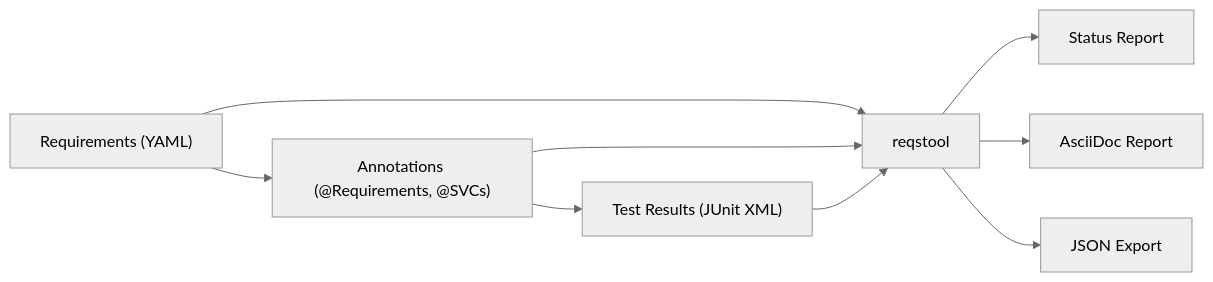
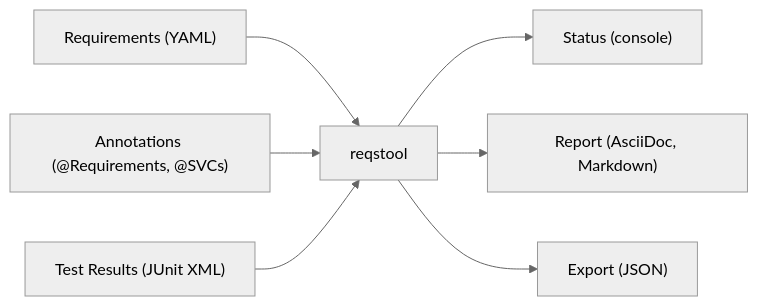
Before and after one commit to reqstool/reqstool.github.io: the diagram in docs/modules/ROOT/pages/index.adoc, drawn with Mermaid (neutral theme).

Commit message:
fix: correct Mermaid graph structure on landing page (#21)
Three inputs (Requirements, Annotations, Test Results) flow into
reqstool with no arcs between them. Three outputs (Status, Report,
Export) flow out.

```diff
--- a/docs/modules/ROOT/pages/index.adoc
+++ b/docs/modules/ROOT/pages/index.adoc
@@ -15,12 +15,10 @@
 [mermaid]
 ....
 graph LR
-    A["Requirements (YAML)"] --> B["Annotations (@Requirements, @SVCs)"]
-    B --> C["Test Results (JUnit XML)"]
-    A --> D["reqstool"]
-    B --> D
-    C --> D
-    D --> E["Status Report"]
-    D --> F["AsciiDoc Report"]
-    D --> G["JSON Export"]
+    A["Requirements (YAML)"] --> D["reqstool"]
+    B["Annotations (@Requirements, @SVCs)"] --> D
+    C["Test Results (JUnit XML)"] --> D
+    D --> E["Status (console)"]
+    D --> F["Report (AsciiDoc, Markdown)"]
+    D --> G["Export (JSON)"]
 ....
```
